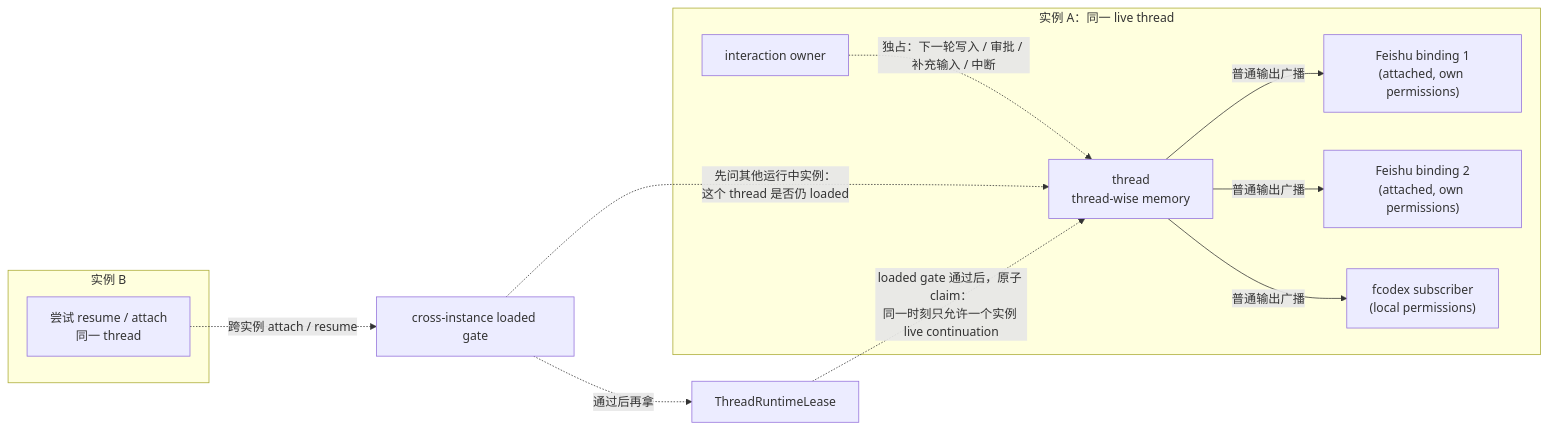
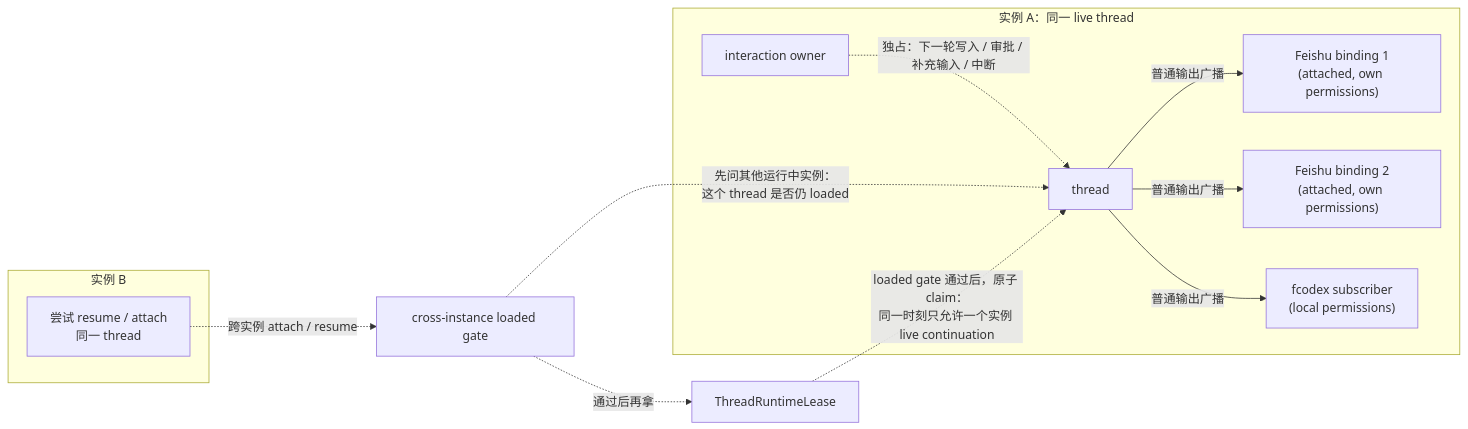
One commit to ZichaoLong/focus changed the second of 2 diagrams in README.md. Above: the diagram before and after it, drawn with Mermaid. The commit also changed other lines of this file and 46 other files, not shown here.

Commit message:
Remove project-owned thread memory surface

````diff
--- a/README.md
+++ b/README.md
@@ -286,28 +286,28 @@
 ```mermaid
 flowchart LR
   subgraph A["实例 A：同一 live thread"]
     F1["Feishu binding 1<br/>(attached, own permissions)"]
     F2["Feishu binding 2<br/>(attached, own permissions)"]
     TUI["fcodex subscriber<br/>(local permissions)"]
-    Thread["thread<br/>thread-wise memory"]
+    Thread["thread"]
     Owner["interaction owner"]
   end
 
   subgraph B["实例 B"]
     Other["尝试 resume / attach<br/>同一 thread"]
   end
 
   Gate["cross-instance loaded gate"]
   Lease["ThreadRuntimeLease"]
 
   Thread -->|"普通输出广播"| F1
   Thread -->|"普通输出广播"| F2
   Thread -->|"普通输出广播"| TUI
 
   Owner -. "独占：下一轮写入 / 审批 / 补充输入 / 中断" .-> Thread
 
   Gate -. "先问其他运行中实例：<br/>这个 thread 是否仍 loaded" .-> Thread
   Lease -. "loaded gate 通过后，原子 claim：<br/>同一时刻只允许一个实例 live continuation" .-> Thread
   Other -. "跨实例 attach / resume" .-> Gate
   Gate -. "通过后再拿" .-> Lease
 ```
````
